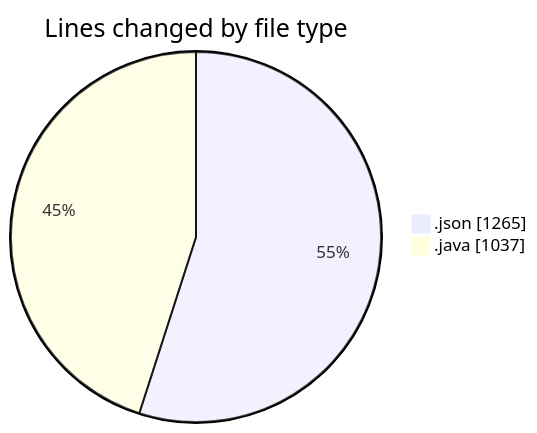
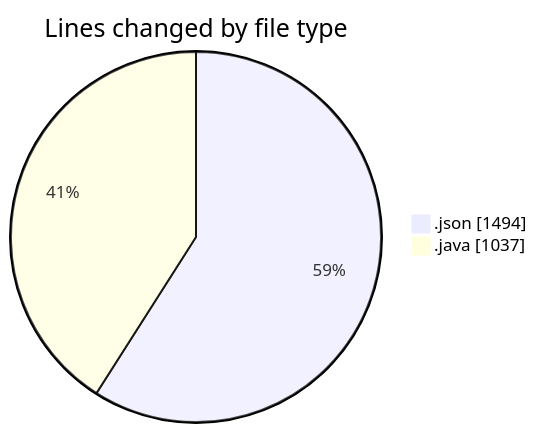
Before and after one commit to ricardozamudiocil/code-tracking: the first of 2 diagrams in 2026-07-14/cilapp/README.md, drawn with Mermaid. The commit also changed other lines of this file and 1 other file, not shown here.

````diff
--- a/2026-07-14/cilapp/README.md
+++ b/2026-07-14/cilapp/README.md
@@ -23,6 +24,6 @@
 ```mermaid
 pie showData
 title Lines changed by file type
-".json" : 1265
+".json" : 1494
 ".java" : 1037
 ```
````
